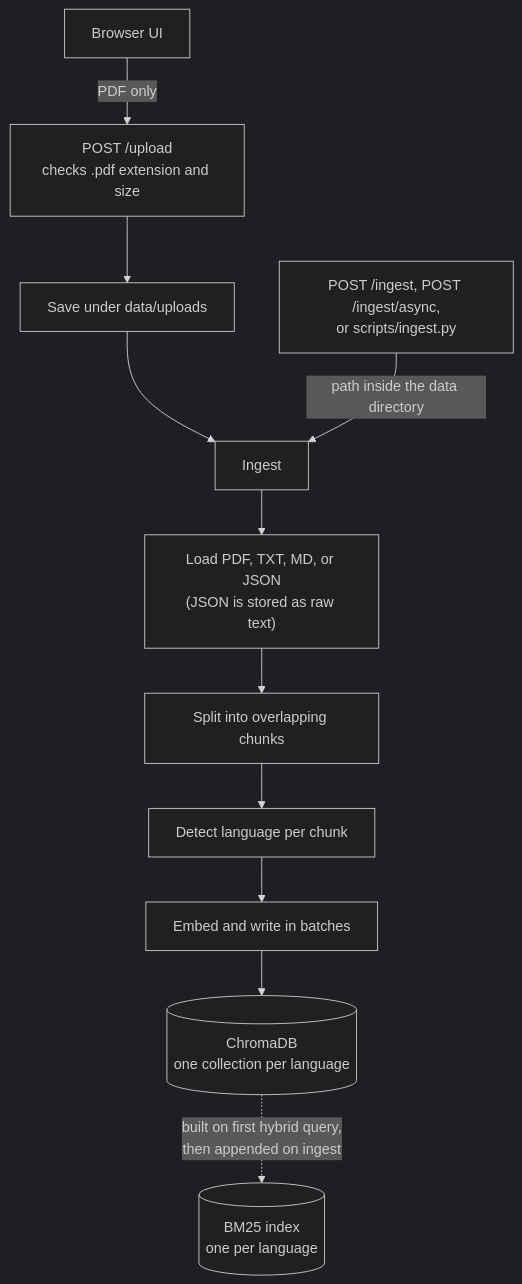
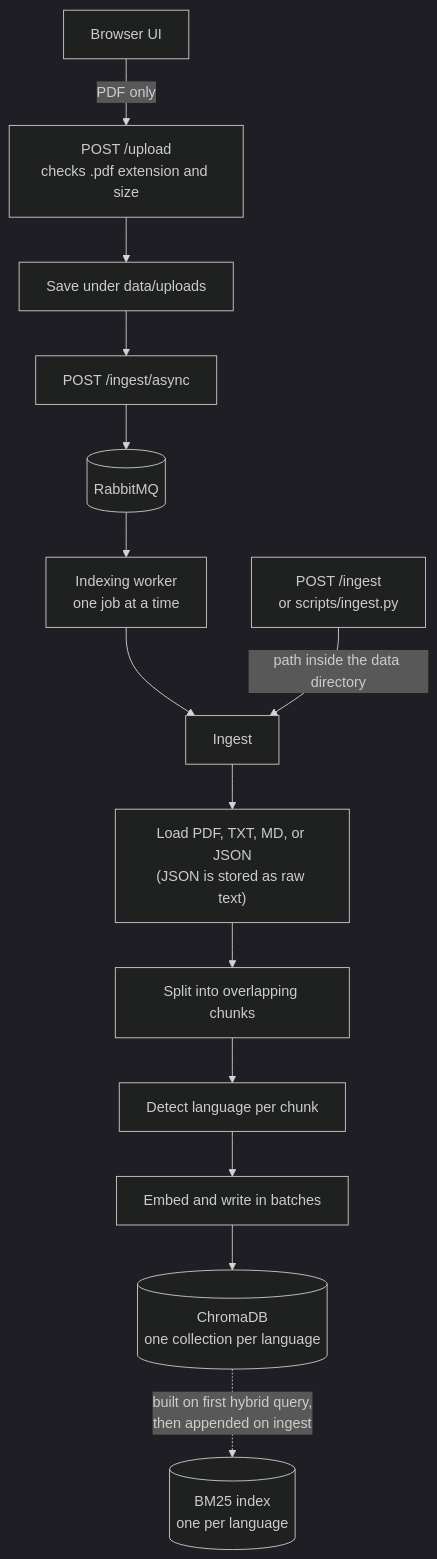
Before and after one commit to rajarshidattapy/production_rag: the first of 3 diagrams in docs/README.md, drawn with Mermaid (dark theme). The commit also changed other lines of this file and 16 other files, not shown here.

Commit message:
Move background indexing to RabbitMQ worker

````diff
--- a/docs/README.md
+++ b/docs/README.md
@@ -49,13 +51,16 @@
 ```mermaid
 flowchart TD
     UI[Browser UI] -->|PDF only| UPLOAD["POST /upload<br/>checks .pdf extension and size"]
     UPLOAD --> SAVE[Save under data/uploads]
-    SAVE --> INGEST[Ingest]
-    SERVER["POST /ingest, POST /ingest/async,<br/>or scripts/ingest.py"] -->|path inside the data directory| INGEST
+    SAVE --> ASYNC["POST /ingest/async"]
+    ASYNC --> QUEUE[(RabbitMQ)]
+    QUEUE --> WORKER["Indexing worker<br/>one job at a time"]
+    WORKER --> INGEST[Ingest]
+    SERVER["POST /ingest<br/>or scripts/ingest.py"] -->|path inside the data directory| INGEST
     INGEST --> LOAD["Load PDF, TXT, MD, or JSON<br/>(JSON is stored as raw text)"]
     LOAD --> CHUNK[Split into overlapping chunks]
     CHUNK --> LANG[Detect language per chunk]
     LANG --> EMBED[Embed and write in batches]
     EMBED --> CHROMA[("ChromaDB<br/>one collection per language")]
     CHROMA -.->|"built on first hybrid query,<br/>then appended on ingest"| BM25[("BM25 index<br/>one per language")]
 ```
````
